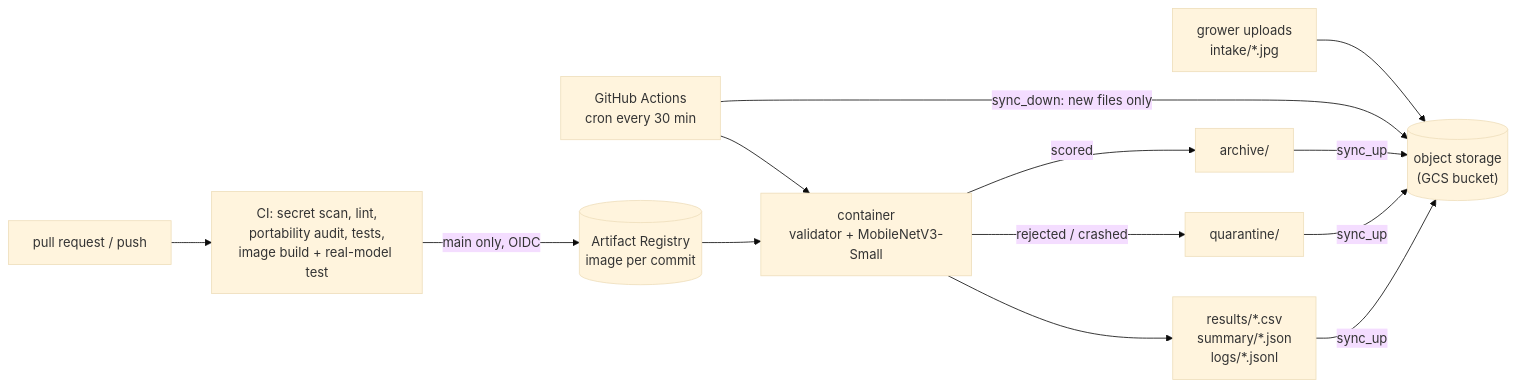
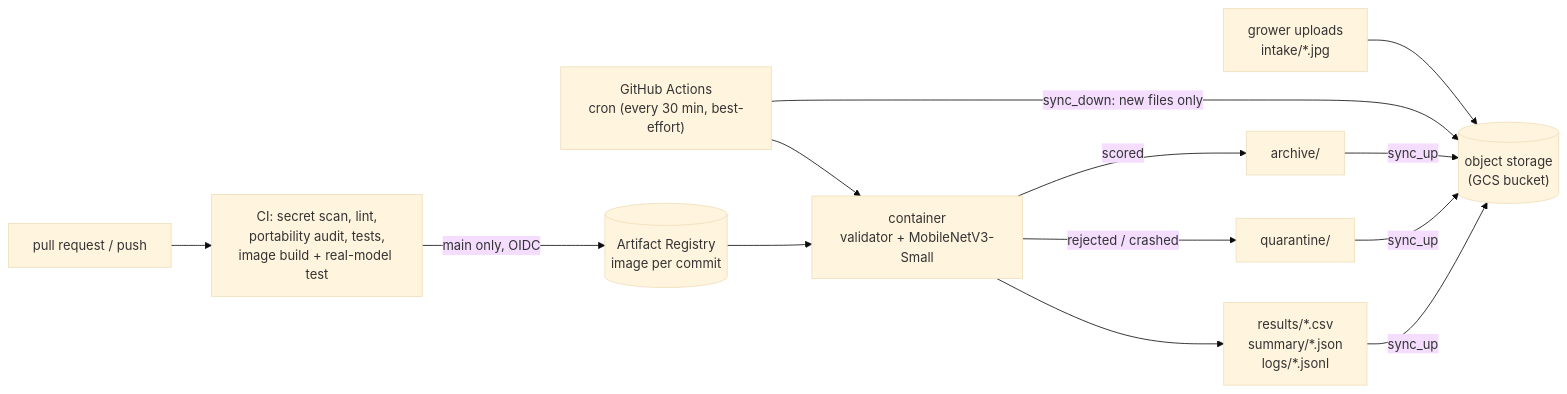
One commit to meadowind/ML-Project changed the diagram in README.md. Above: the diagram before and after it, drawn with Mermaid (base theme). The commit also changed other lines of this file and 10 other files, not shown here.

````diff
--- a/README.md
+++ b/README.md
@@ -20,13 +20,13 @@
 ```mermaid
 flowchart LR
     U["grower uploads<br>intake/*.jpg"] --> B[("object storage<br>(GCS bucket)")]
-    CRON["GitHub Actions<br>cron every 30 min"] -->|"sync_down: new files only"| B
+    CRON["GitHub Actions<br>cron (every 30 min, best-effort)"] -->|"sync_down: new files only"| B
     CRON --> C["container<br>validator + MobileNetV3-Small"]
     C -->|"scored"| A["archive/"]
     C -->|"rejected / crashed"| Q["quarantine/"]
     C --> R["results/*.csv<br>summary/*.json<br>logs/*.jsonl"]
     A & Q & R -->|"sync_up"| B
     PR["pull request / push"] --> CI["CI: secret scan, lint,<br>portability audit, tests,<br>image build + real-model test"]
     CI -->|"main only, OIDC"| AR[("Artifact Registry<br>image per commit")]
     AR --> C
 ```
````
